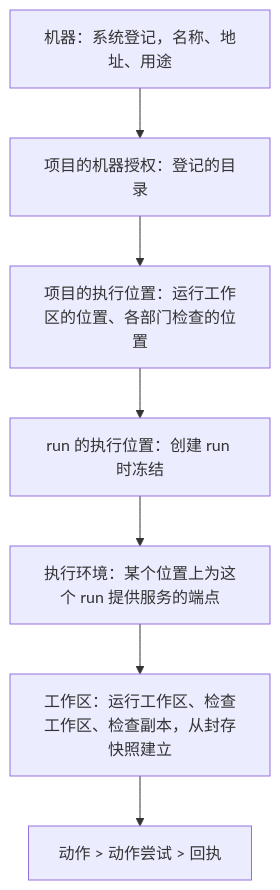
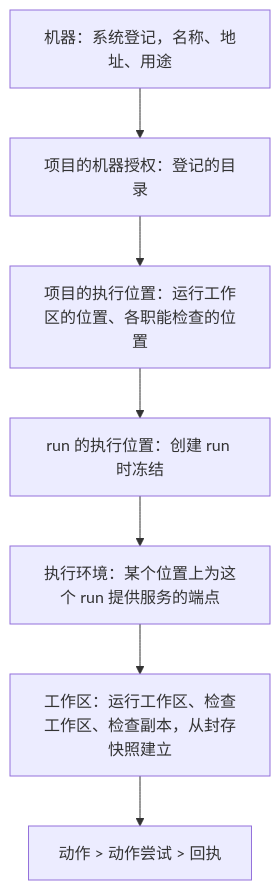
Before and after one commit to bender2333/yudao: the first of 4 diagrams in docs/design/execution-environment.md, drawn with Mermaid. The commit also changed other lines of this file and 149 other files, not shown here.

````diff
--- a/docs/design/execution-environment.md
+++ b/docs/design/execution-environment.md
@@ -27,11 +27,11 @@
 ```mermaid
 flowchart TB
   M["机器：系统登记，名称、地址、用途"]
   A["项目的机器授权：登记的目录"]
-  P["项目的执行位置：运行工作区的位置、各部门检查的位置"]
+  P["项目的执行位置：运行工作区的位置、各职能检查的位置"]
   R["run 的执行位置：创建 run 时冻结"]
   E["执行环境：某个位置上为这个 run 提供服务的端点"]
   W["工作区：运行工作区、检查工作区、检查副本，从封存快照建立"]
   X["动作 > 动作尝试 > 回执"]
   M --> A --> P --> R --> E --> W --> X
 ```
````
